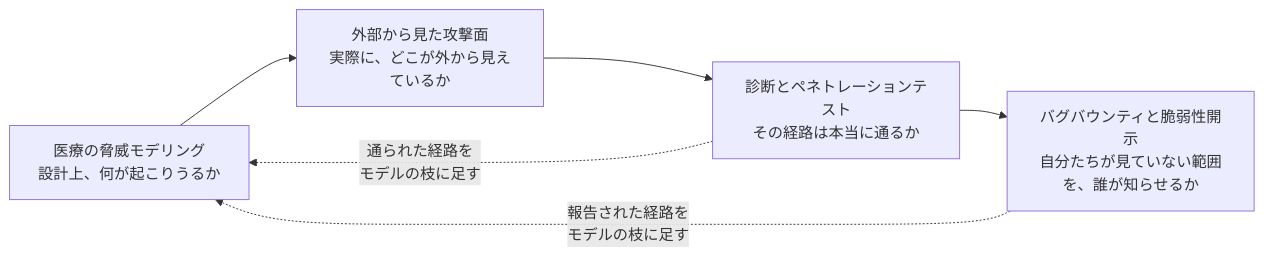
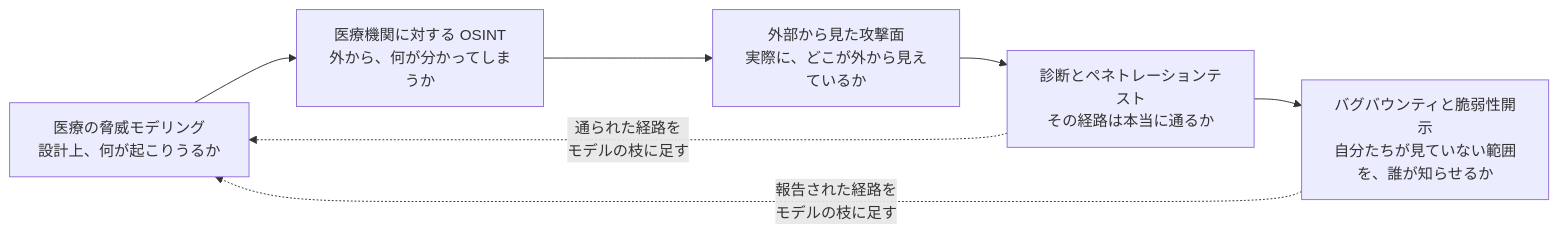
Before and after one commit to scgajge12/awesome-healthcare-security: the first of 2 diagrams in docs/practice/README.md, drawn with Mermaid. The commit also changed other lines of this file and 5 other files, not shown here.

First line of the commit message:
📝 docs(practice): 医療機関に対する OSINT のページを追加する

````diff
--- a/docs/practice/README.md
+++ b/docs/practice/README.md
@@ -20,8 +21,9 @@
 ```mermaid
 flowchart LR
-    T["医療の脅威モデリング<br>設計上、何が起こりうるか"] --> S["外部から見た攻撃面<br>実際に、どこが外から見えているか"]
+    T["医療の脅威モデリング<br>設計上、何が起こりうるか"] --> O["医療機関に対する OSINT<br>外から、何が分かってしまうか"]
+    O --> S["外部から見た攻撃面<br>実際に、どこが外から見えているか"]
     S --> P["診断とペネトレーションテスト<br>その経路は本当に通るか"]
     P --> B["バグバウンティと脆弱性開示<br>自分たちが見ていない範囲を、誰が知らせるか"]
     B -.->|"報告された経路を<br>モデルの枝に足す"| T
     P -.->|"通られた経路を<br>モデルの枝に足す"| T
 ```
````
